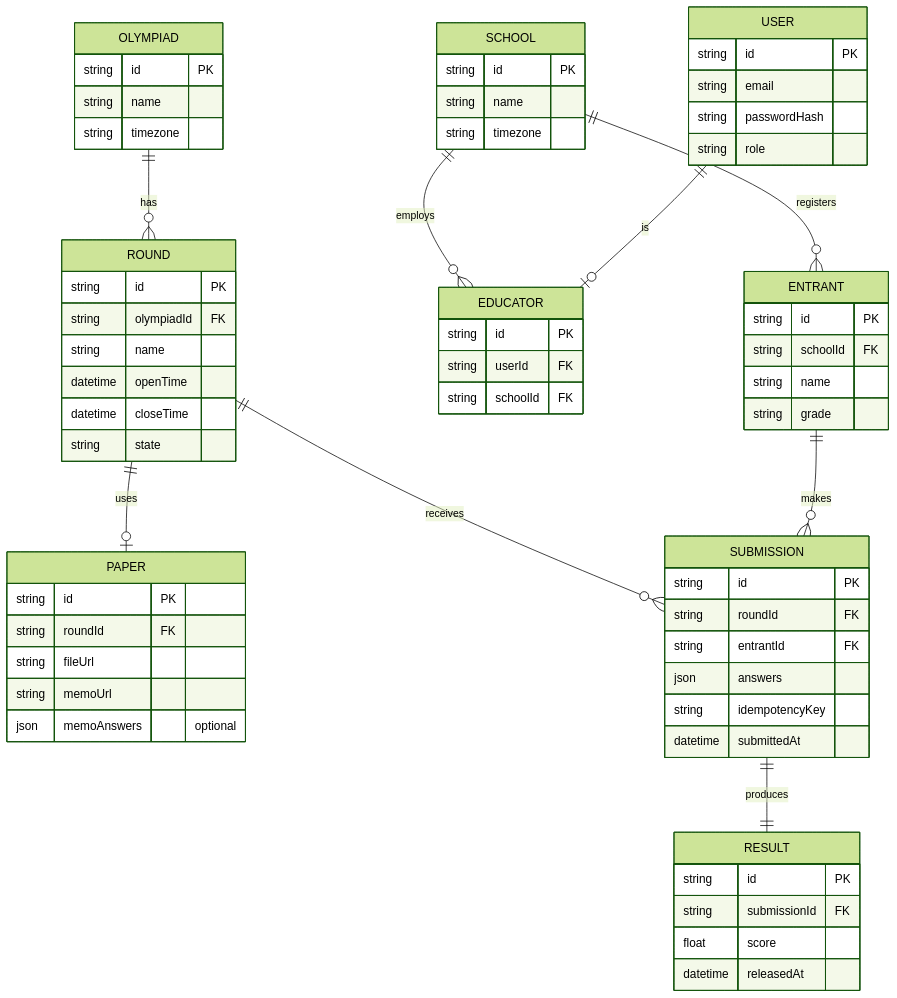
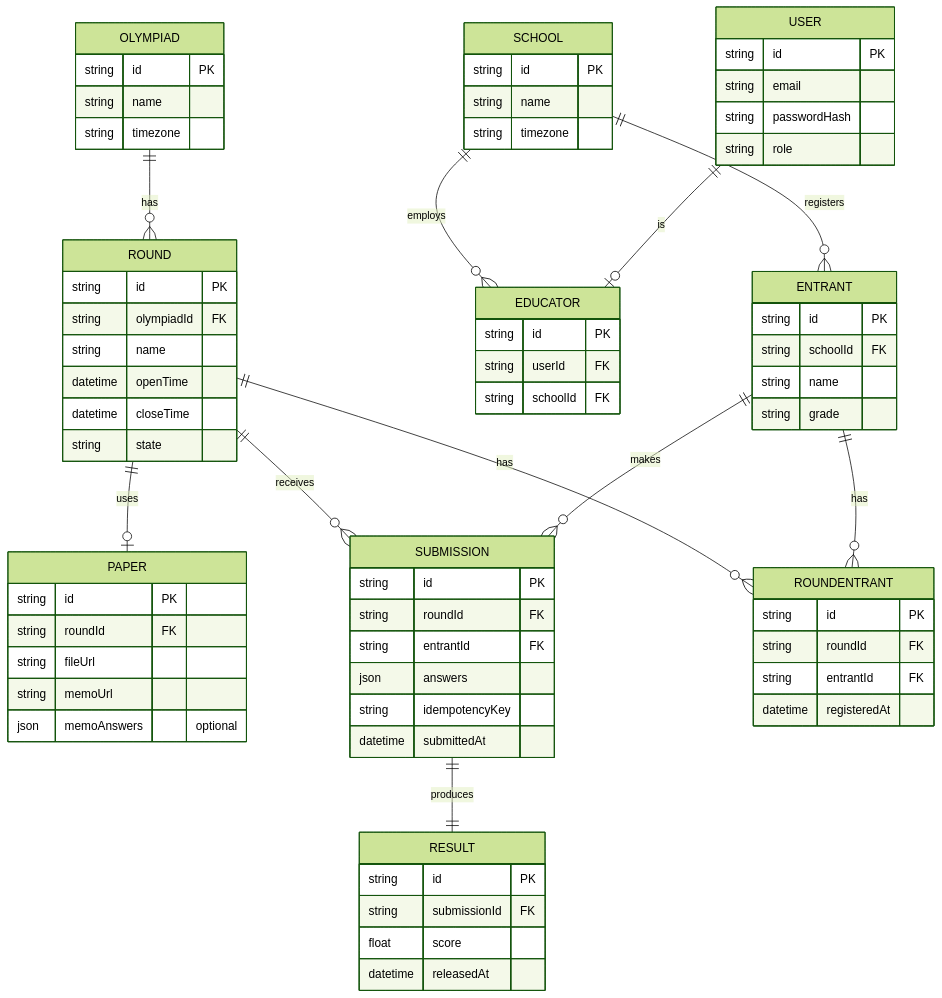
The diagram in documents/docs/database-schema.md (ZandileMkontwana/olympiad-portal), drawn with Mermaid (forest theme) before and after one commit. The commit also changed other lines of this file and 1 other file, not shown here.

Commit message:
docs: add tech stack page

````diff
--- a/documents/docs/database-schema.md
+++ b/documents/docs/database-schema.md
@@ -9,68 +9,76 @@
 ```mermaid
 erDiagram
   OLYMPIAD ||--o{ ROUND : has
   ROUND ||--o| PAPER : uses
   ROUND ||--o{ SUBMISSION : receives
+  ROUND ||--o{ ROUNDENTRANT : has
   SCHOOL ||--o{ EDUCATOR : employs
   SCHOOL ||--o{ ENTRANT : registers
   USER ||--o| EDUCATOR : is
   ENTRANT ||--o{ SUBMISSION : makes
+  ENTRANT ||--o{ ROUNDENTRANT : has
   SUBMISSION ||--|| RESULT : produces
 
   OLYMPIAD {
     string id PK
     string name
     string timezone
   }
   ROUND {
     string id PK
     string olympiadId FK
     string name
     datetime openTime
     datetime closeTime
     string state
   }
   SCHOOL {
     string id PK
     string name
     string timezone
   }
   USER {
     string id PK
     string email
     string passwordHash
     string role
   }
   EDUCATOR {
     string id PK
     string userId FK
     string schoolId FK
   }
   ENTRANT {
     string id PK
     string schoolId FK
     string name
     string grade
   }
   PAPER {
     string id PK
     string roundId FK
     string fileUrl
     string memoUrl
     json memoAnswers "optional"
   }
   SUBMISSION {
     string id PK
     string roundId FK
     string entrantId FK
     json answers
     string idempotencyKey
     datetime submittedAt
   }
   RESULT {
     string id PK
     string submissionId FK
     float score
     datetime releasedAt
   }
+  ROUNDENTRANT {
+    string id PK
+    string roundId FK
+    string entrantId FK
+    datetime registeredAt
+  }
 ```
````
